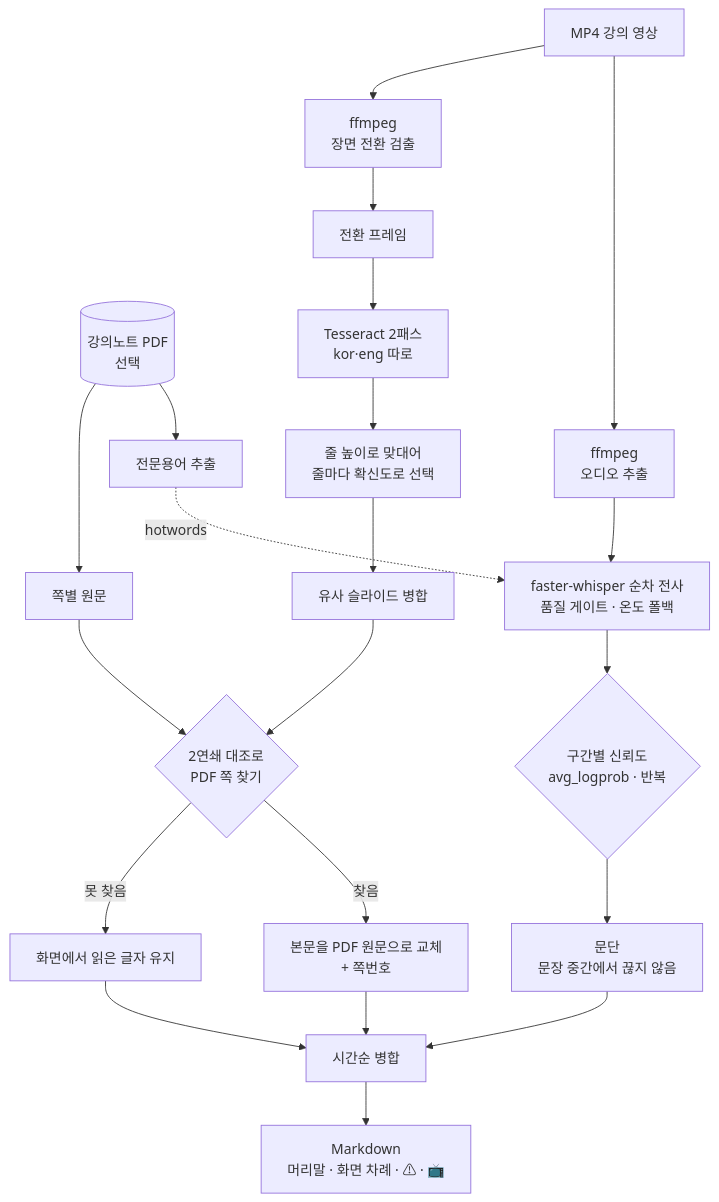
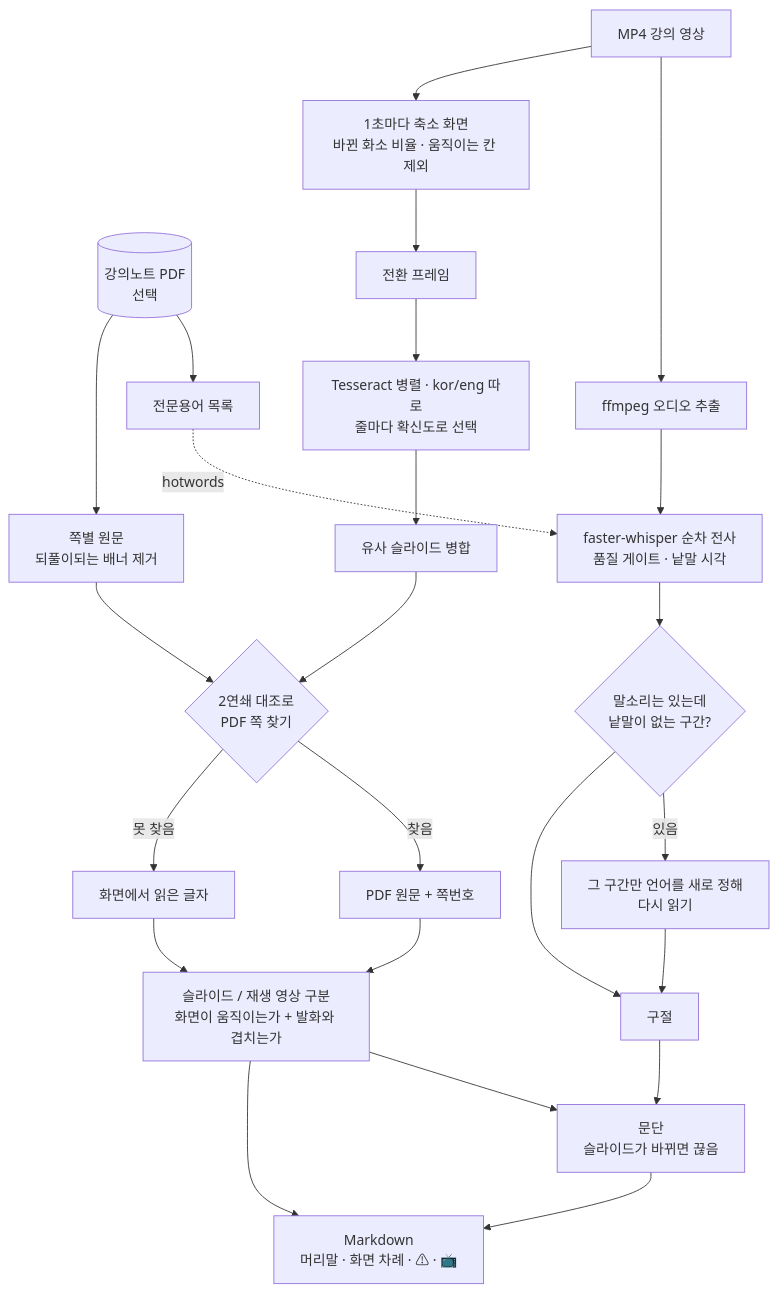
The diagram in README.md (mijnch/lecture-transcriber), drawn with Mermaid before and after one commit. The commit also changed other lines of this file and 11 other files, not shown here.

````diff
--- a/README.md
+++ b/README.md
@@ -47,27 +50,29 @@
 ```mermaid
 flowchart TD
-    MP4[MP4 강의 영상] --> A[ffmpeg<br/>오디오 추출]
-    MP4 --> S[ffmpeg<br/>장면 전환 검출]
-    PDF[(강의노트 PDF<br/>선택)] --> H[전문용어 추출]
-    PDF --> P[쪽별 원문]
+    MP4[MP4 강의 영상] --> A[ffmpeg 오디오 추출]
+    MP4 --> S[1초마다 축소 화면<br/>바뀐 화소 비율 · 움직이는 칸 제외]
+    PDF[(강의노트 PDF<br/>선택)] --> H[전문용어 목록]
+    PDF --> P[쪽별 원문<br/>되풀이되는 배너 제거]
 
     H -.hotwords.-> W
-    A --> W[faster-whisper 순차 전사<br/>품질 게이트 · 온도 폴백]
-    W --> Q{구간별 신뢰도<br/>avg_logprob · 반복}
-    Q --> PARA[문단<br/>문장 중간에서 끊지 않음]
+    A --> W[faster-whisper 순차 전사<br/>품질 게이트 · 낱말 시각]
+    W --> G{말소리는 있는데<br/>낱말이 없는 구간?}
+    G -->|있음| R[그 구간만 언어를 새로 정해<br/>다시 읽기]
+    G --> PH[구절]
+    R --> PH
 
     S --> F[전환 프레임]
-    F --> O[Tesseract 2패스<br/>kor·eng 따로]
-    O --> L[줄 높이로 맞대어<br/>줄마다 확신도로 선택]
-    L --> M[유사 슬라이드 병합]
-
+    F --> O[Tesseract 병렬 · kor/eng 따로<br/>줄마다 확신도로 선택]
+    O --> M[유사 슬라이드 병합]
     M --> AL{2연쇄 대조로<br/>PDF 쪽 찾기}
     P --> AL
-    AL -->|찾음| REP[본문을 PDF 원문으로 교체<br/>+ 쪽번호]
-    AL -->|못 찾음| KEEP[화면에서 읽은 글자 유지]
+    AL -->|찾음| REP[PDF 원문 + 쪽번호]
+    AL -->|못 찾음| KEEP[화면에서 읽은 글자]
+    REP --> LB[슬라이드 / 재생 영상 구분<br/>화면이 움직이는가 + 발화와 겹치는가]
+    KEEP --> LB
 
-    PARA --> MERGE[시간순 병합]
-    REP --> MERGE
-    KEEP --> MERGE
-    MERGE --> MD[Markdown<br/>머리말 · 화면 차례 · ⚠ · 📺]
+    PH --> PARA[문단<br/>슬라이드가 바뀌면 끊음]
+    LB --> PARA
+    PARA --> MD[Markdown<br/>머리말 · 화면 차례 · ⚠ · 📺]
+    LB --> MD
 ```
````
